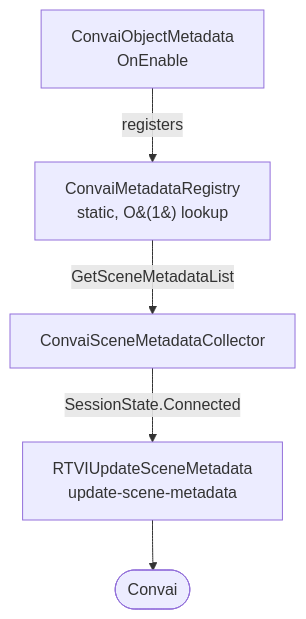
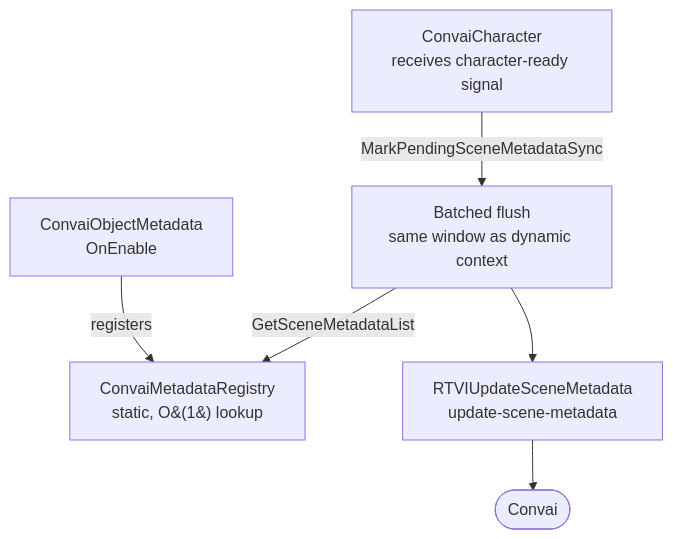
The first of 2 diagrams in plugins-and-integrations/convai-unity-sdk/features/scene-metadata/how-scene-metadata-works.md (Conv-AI/Convai-Documentation), drawn with Mermaid before and after one commit. The commit also changed other lines of this file and 6 other files, not shown here.

First line of the commit message:
docs(unity): refresh scene metadata docs for v4.4.0 (tracked properties, live re-sync)

````diff
--- a/plugins-and-integrations/convai-unity-sdk/features/scene-metadata/how-scene-metadata-works.md
+++ b/plugins-and-integrations/convai-unity-sdk/features/scene-metadata/how-scene-metadata-works.md
@@ -13,7 +15,8 @@
 ```mermaid
 flowchart TD
     A[ConvaiObjectMetadata\nOnEnable] -->|registers| B[ConvaiMetadataRegistry\nstatic, O&#40;1&#41; lookup]
-    B -->|GetSceneMetadataList| C[ConvaiSceneMetadataCollector]
-    C -->|SessionState.Connected| D[RTVIUpdateSceneMetadata\nupdate-scene-metadata]
-    D --> E([Convai])
+    C[ConvaiCharacter\nreceives character-ready signal] -->|MarkPendingSceneMetadataSync| D[Batched flush\nsame window as dynamic context]
+    D -->|GetSceneMetadataList| B
+    D --> E[RTVIUpdateSceneMetadata\nupdate-scene-metadata]
+    E --> F([Convai])
 ```
````
